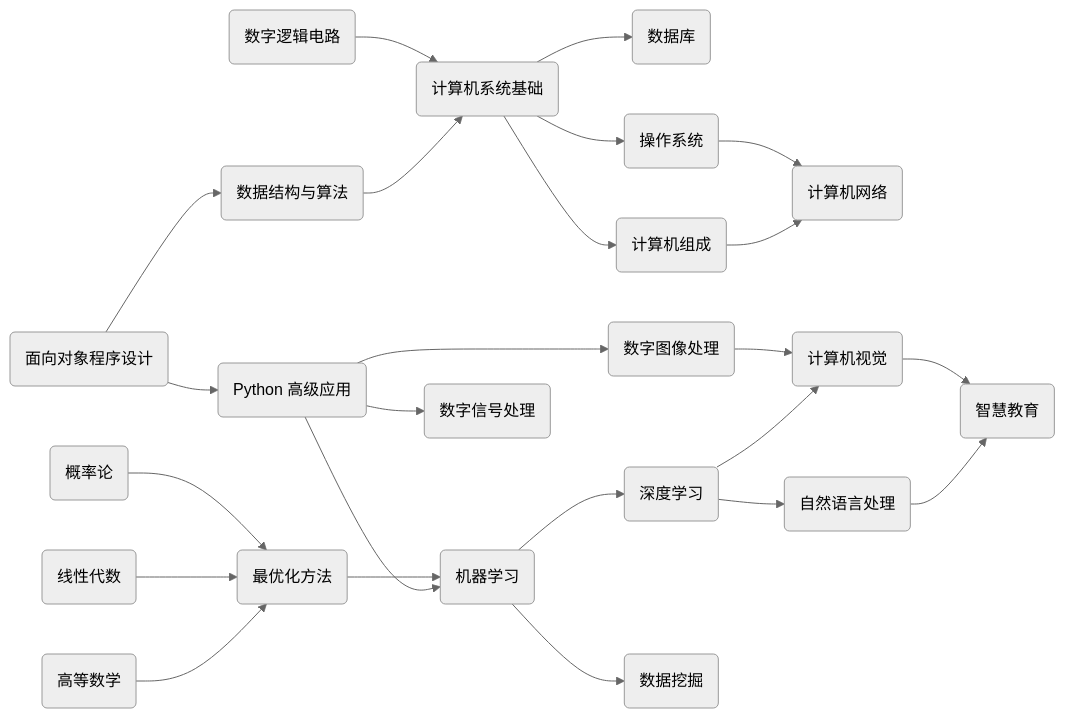
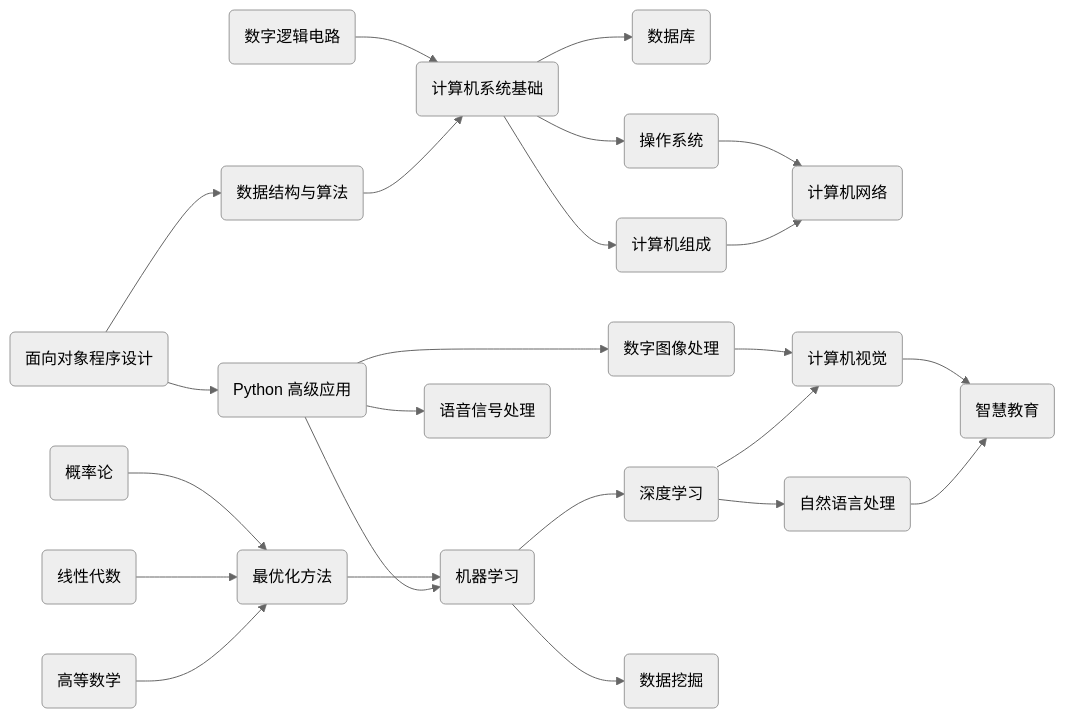
The first of 2 diagrams in docs/index.md (Explorer-Dong/explorer-dong.github.io), drawn with Mermaid (neutral theme) before and after one commit. The commit also changed 10 other files, not shown here.

````diff
--- a/docs/index.md
+++ b/docs/index.md
@@ -31,62 +31,62 @@
 ```mermaid
 flowchart LR
     面向对象程序设计(面向对象程序设计)
     数据结构与算法(数据结构与算法)
     数字逻辑电路(数字逻辑电路)
     计算机系统基础(计算机系统基础)
     数据库(数据库)
     操作系统(操作系统)
     计算机组成(计算机组成)
     计算机网络(计算机网络)
 
     面向对象程序设计 --> 数据结构与算法 --> 计算机系统基础
     数字逻辑电路 --> 计算机系统基础 --> 数据库 & 操作系统 & 计算机组成
     计算机组成 & 操作系统 --> 计算机网络
 
     Python高级应用(Python 高级应用)
     数字图像处理(数字图像处理)
     机器学习(机器学习)
     深度学习(深度学习)
     数据挖掘(数据挖掘)
     自然语言处理(自然语言处理)
     计算机视觉(计算机视觉)
-    数字信号处理(数字信号处理)
+    语音信号处理(语音信号处理)
     智慧教育(智慧教育)
 
-    Python高级应用 --> 数字图像处理 & 数字信号处理 & 机器学习
+    Python高级应用 --> 数字图像处理 & 语音信号处理 & 机器学习
     机器学习 --> 数据挖掘 & 深度学习
     深度学习 --> 自然语言处理 & 计算机视觉 --> 智慧教育
     数字图像处理 --> 计算机视觉
 
     高等数学(高等数学)
     线性代数(线性代数)
     概率论(概率论)
     最优化方法(最优化方法)
     高等数学 & 线性代数 & 概率论 --> 最优化方法 --> 机器学习
     面向对象程序设计 --> Python高级应用
 
     %% 跳转链接
     click 高等数学 "./base/advanced-math/"
     click 线性代数 "./base/linear-algebra/"
     click 概率论 "./base/probability-and-statistics/"
     click 最优化方法 "./base/optimization-method/"
 
     click 面向对象程序设计 "./base/object-oriented-programming/"
     click 数字逻辑电路 "./base/digital-logic-circuit/"
     click 计算机系统基础 "./base/computer-system-basic/"
     click 数据库 "./base/database/"
     click 数据结构与算法 "./ds-and-algo/"
     click 操作系统 "./base/operating-system/"
     click 计算机组成 "./base/computer-organization/"
     click 计算机网络 "./base/computer-network/"
 
     click Python高级应用 "./base/python-application/"
     click 数字图像处理 "./base/digital-image-processing/"
     click 机器学习 "./base/machine-learning/"
     click 深度学习 "./base/deep-learning/"
     click 数据挖掘 "./base/data-mining/"
     click 自然语言处理 "./base/natural-language-processing/"
     click 计算机视觉 "./base/computer-vision/"
-    click 数字信号处理 "./base/digital-signal-processing/"
+    click 语音信号处理 "./base/speech-signal-processing/"
     click 智慧教育 "./base/intelligent-education/"
 ```
````
